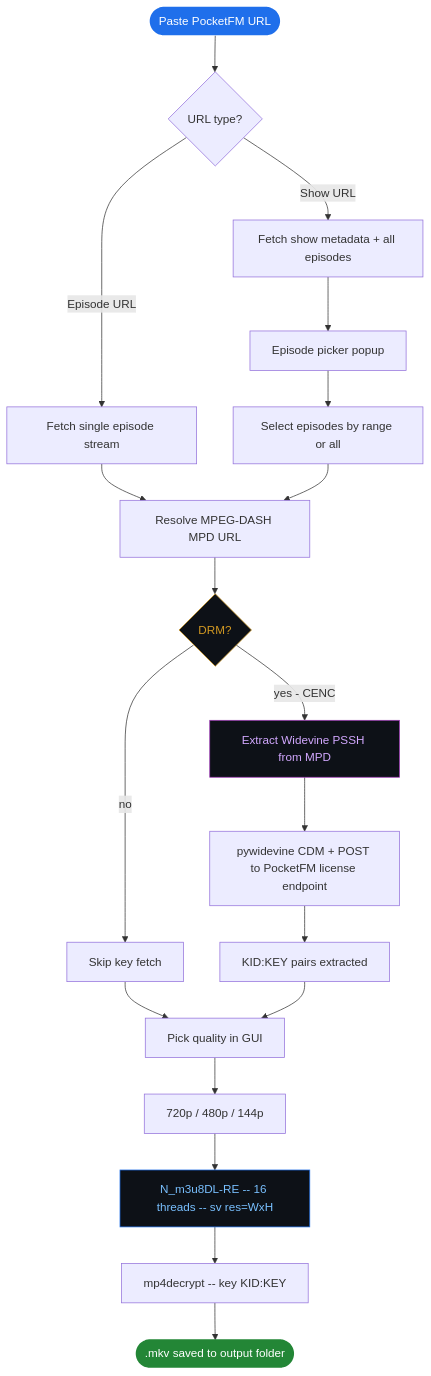
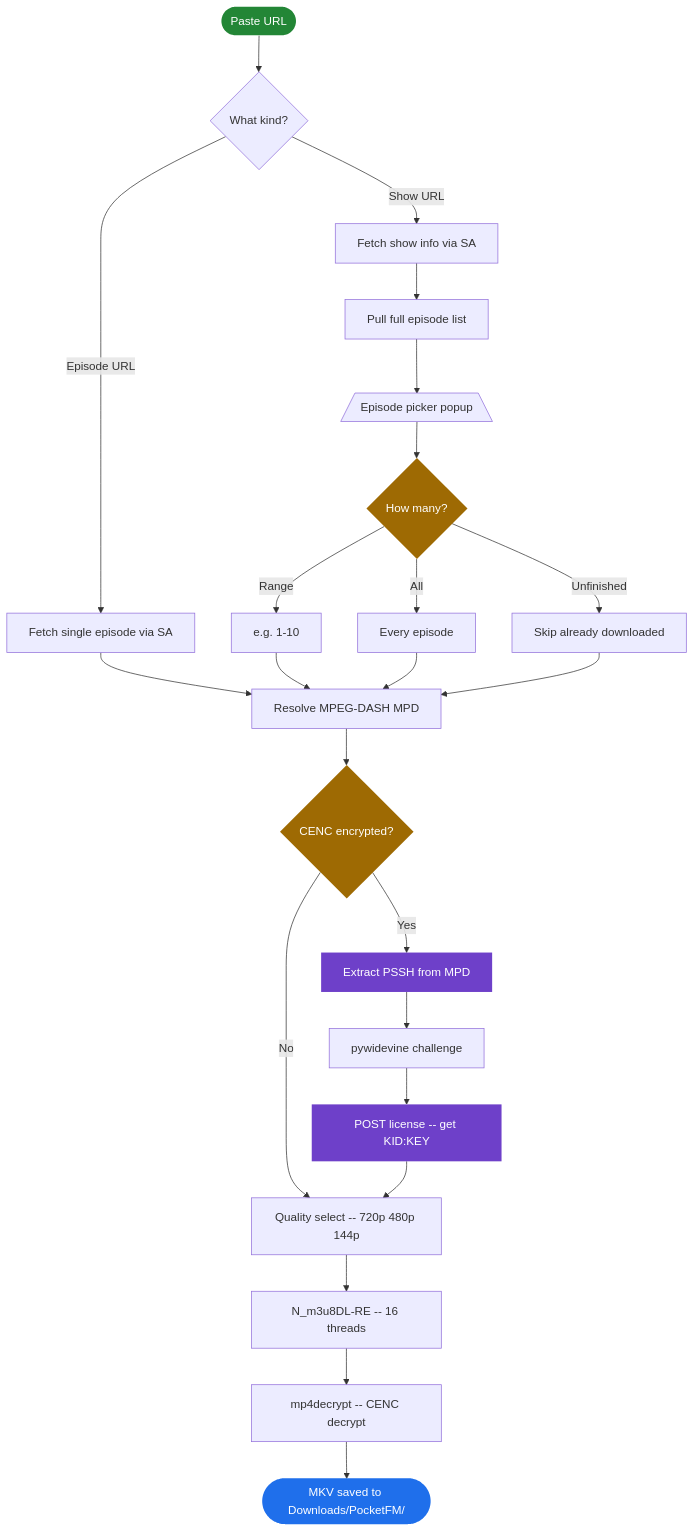
The second of 4 diagrams in README.md (arvind88765/pocketfm_downloader), drawn with Mermaid before and after one commit. The commit also changed other lines of this file, not shown here.

````diff
--- a/README.md
+++ b/README.md
@@ -154,31 +161,38 @@
 ```mermaid
 flowchart TD
-    A([Paste PocketFM URL]) --> B{URL type?}
-    B -->|Episode URL| C[Fetch single episode stream]
-    B -->|Show URL| D[Fetch show metadata + all episodes]
-    D --> E[Episode picker popup]
-    E --> F[Select episodes by range or all]
-    C --> G[Resolve MPEG-DASH MPD URL]
-    F --> G
+    A([Paste URL]) --> B{What kind?}
 
-    G --> H{DRM?}
-    H -->|yes - CENC| I[Extract Widevine PSSH from MPD]
-    H -->|no| J[Skip key fetch]
+    B -->|Episode URL| C[Fetch single episode via SA]
+    B -->|Show URL| D[Fetch show info via SA]
 
-    I --> K[pywidevine CDM + POST to PocketFM license endpoint]
-    K --> L[KID:KEY pairs extracted]
+    D --> E[Pull full episode list]
+    E --> F[/Episode picker popup\]
+    F --> G{How many?}
+    G -->|Range| H[e.g. 1-10]
+    G -->|All| I[Every episode]
+    G -->|Unfinished| J[Skip already downloaded]
 
-    J --> M[Pick quality in GUI]
-    L --> M
-    M --> N[720p / 480p / 144p]
+    C --> K[Resolve MPEG-DASH MPD]
+    H --> K
+    I --> K
+    J --> K
 
-    N --> O[N_m3u8DL-RE -- 16 threads -- sv res=WxH]
-    O --> P[mp4decrypt -- key KID:KEY]
-    P --> Q([.mkv saved to output folder])
+    K --> L{CENC encrypted?}
+    L -->|Yes| M[Extract PSSH from MPD]
+    L -->|No| P
 
-    style A fill:#1f6feb,color:#fff,stroke:none
-    style Q fill:#238636,color:#fff,stroke:none
-    style I fill:#0d1117,stroke:#9c36b5,color:#d2a8ff
-    style H fill:#0d1117,stroke:#d29922,color:#d29922
-    style O fill:#0d1117,stroke:#1f6feb,color:#79c0ff
+    M --> N[pywidevine challenge]
+    N --> O[POST license -- get KID:KEY]
+    O --> P[Quality select -- 720p 480p 144p]
+
+    P --> Q[N_m3u8DL-RE -- 16 threads]
+    Q --> R[mp4decrypt -- CENC decrypt]
+    R --> S([MKV saved to Downloads/PocketFM/])
+
+    style A fill:#238636,color:#fff,stroke:none
+    style S fill:#1f6feb,color:#fff,stroke:none
+    style M fill:#6e40c9,color:#fff,stroke:none
+    style O fill:#6e40c9,color:#fff,stroke:none
+    style L fill:#9e6a03,color:#fff,stroke:none
+    style G fill:#9e6a03,color:#fff,stroke:none
 ```
````
